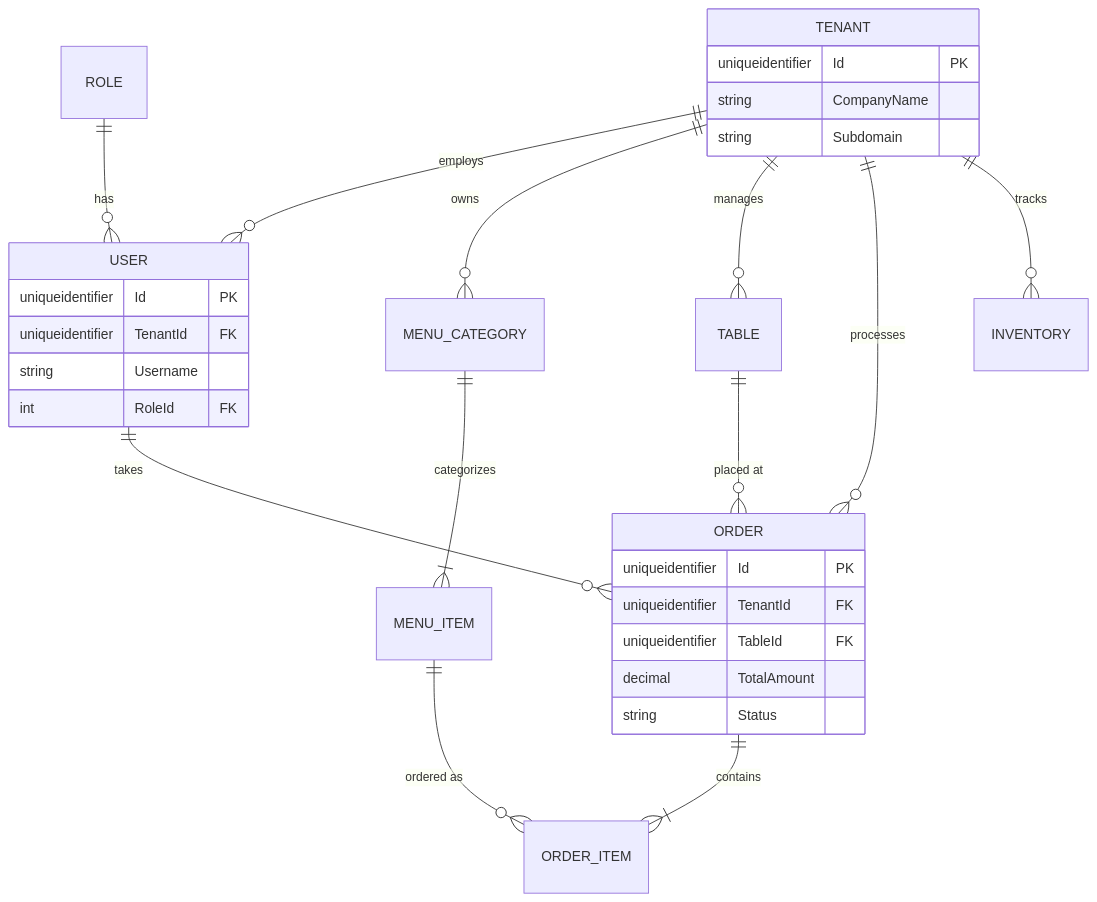
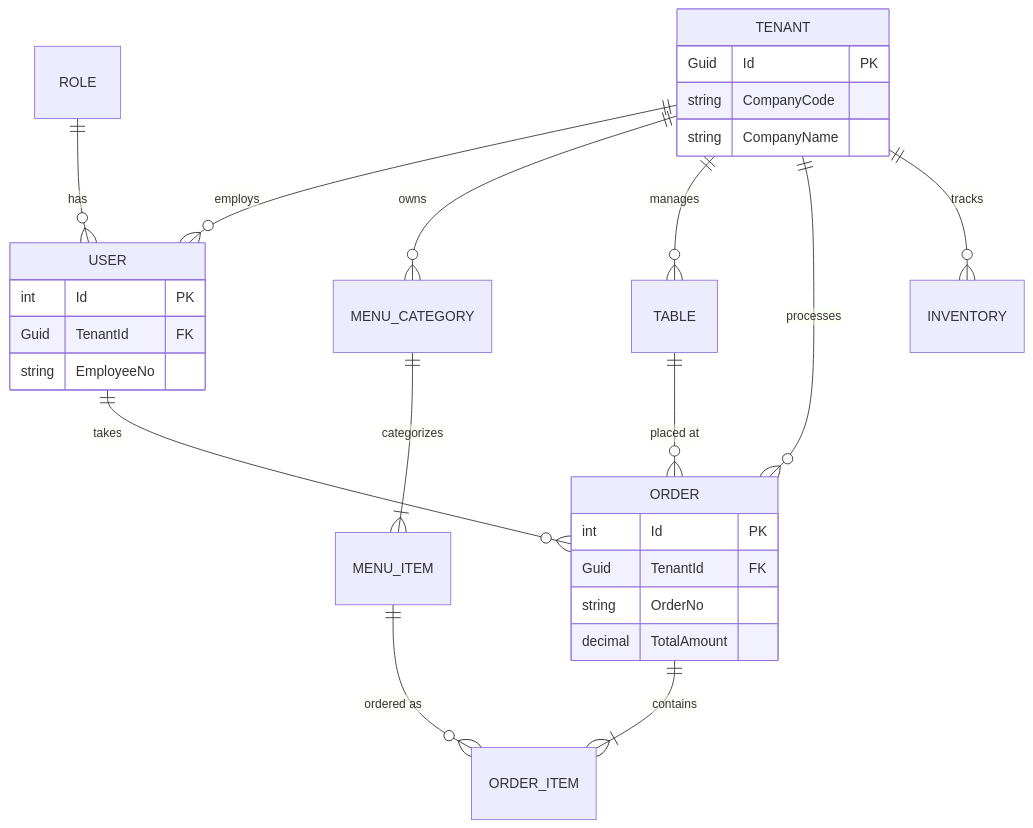
One commit to shams909/Restaurant-management-system changed the fifth of 6 diagrams in FINAL_MASTER_DOCUMENTATION.md. Above: the diagram before and after it, drawn with Mermaid. The commit also changed other lines of this file, not shown here.

Commit message:
docs: update architecture documentation to reflect transition from Angular to React and condense project timeline to 8 weeks

````diff
--- a/FINAL_MASTER_DOCUMENTATION.md
+++ b/FINAL_MASTER_DOCUMENTATION.md
@@ -205,35 +205,33 @@
 ```mermaid
 erDiagram
     TENANT ||--o{ USER : "employs"
     TENANT ||--o{ MENU_CATEGORY : "owns"
     TENANT ||--o{ TABLE : "manages"
     TENANT ||--o{ ORDER : "processes"
     TENANT ||--o{ INVENTORY : "tracks"
     
     USER ||--o{ ORDER : "takes"
     ROLE ||--o{ USER : "has"
     TABLE ||--o{ ORDER : "placed at"
     ORDER ||--|{ ORDER_ITEM : "contains"
     
     MENU_CATEGORY ||--|{ MENU_ITEM : "categorizes"
     MENU_ITEM ||--o{ ORDER_ITEM : "ordered as"
 
     TENANT {
-        uniqueidentifier Id PK
+        Guid Id PK
+        string CompanyCode
         string CompanyName
-        string Subdomain
     }
     USER {
-        uniqueidentifier Id PK
-        uniqueidentifier TenantId FK
-        string Username
-        int RoleId FK
+        int Id PK
+        Guid TenantId FK
+        string EmployeeNo
     }
     ORDER {
-        uniqueidentifier Id PK
-        uniqueidentifier TenantId FK
-        uniqueidentifier TableId FK
+        int Id PK
+        Guid TenantId FK
+        string OrderNo
         decimal TotalAmount
-        string Status
     }
 ```
````
